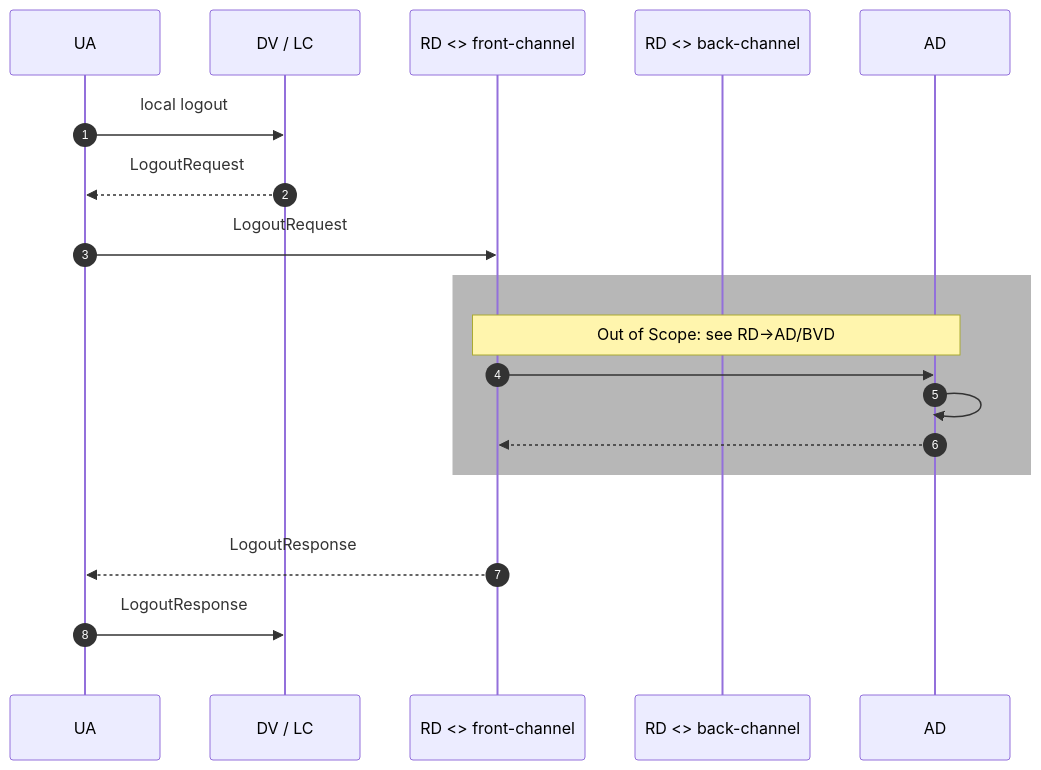
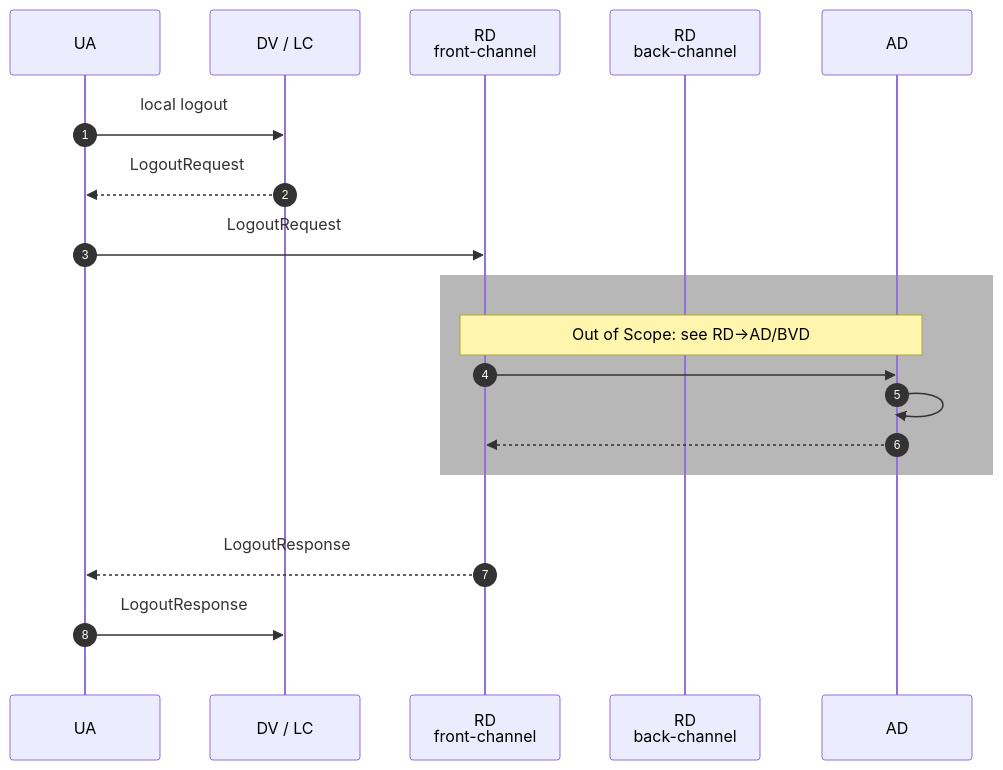
One commit to Logius-standaarden/st-saml-spec changed the diagram in media/saml-federated-logout-overview.mermaid. Above: the diagram before and after it, drawn with Mermaid. The commit also changed 12 other files, not shown here.

Commit message:
Beheer: gebruik newlines in Mermaid diagrammen

```diff
--- a/media/saml-federated-logout-overview.mermaid
+++ b/media/saml-federated-logout-overview.mermaid
@@ -1,24 +1,24 @@
 %%{init: {
     "themeVariables": {"fontSize": "24px"},
     "sequence": {"boxMargin": 20}
 }}%%
 sequenceDiagram
 autonumber
 participant A as UA
 participant B as DV / LC
-participant C as RD <> front-channel
-participant D as RD <> back-channel
+participant C as RD <br /> front-channel
+participant D as RD <br /> back-channel
 participant E as AD
 A->>B: local logout
 B-->>A: LogoutRequest
 A->>C: LogoutRequest
 rect rgba(75, 75, 75,.4)
     Note over C,E: Out of Scope: see RD#8594;AD/BVD
     C->>E:
     E->>E:
     E-->>C:
 end
 rect rgba(75, 75, 75, 0)
     C-->>A: LogoutResponse
     A->>B: LogoutResponse
 end
```
